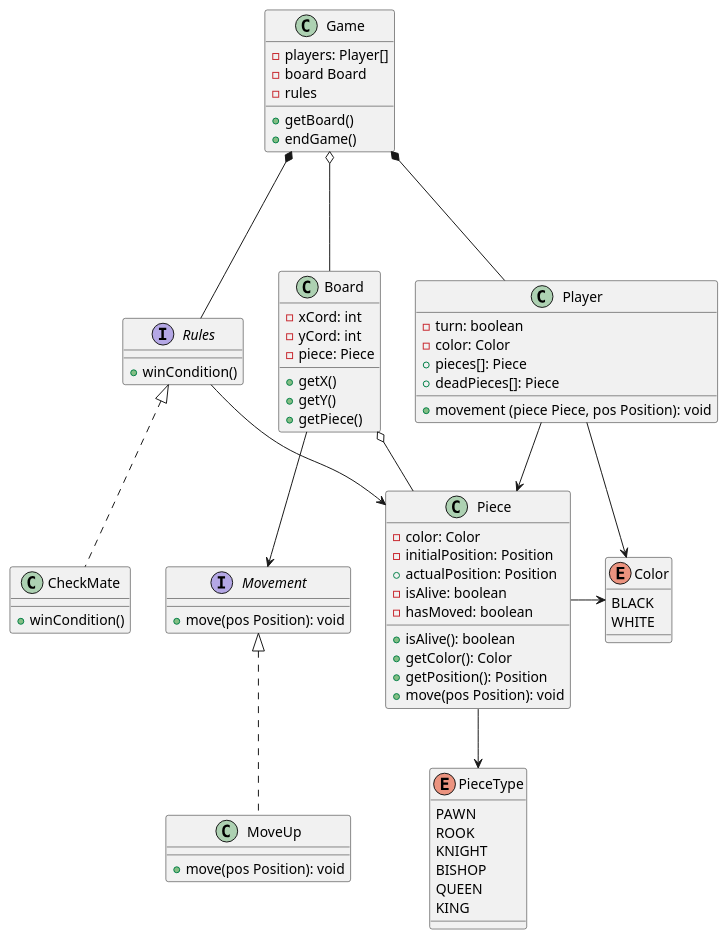
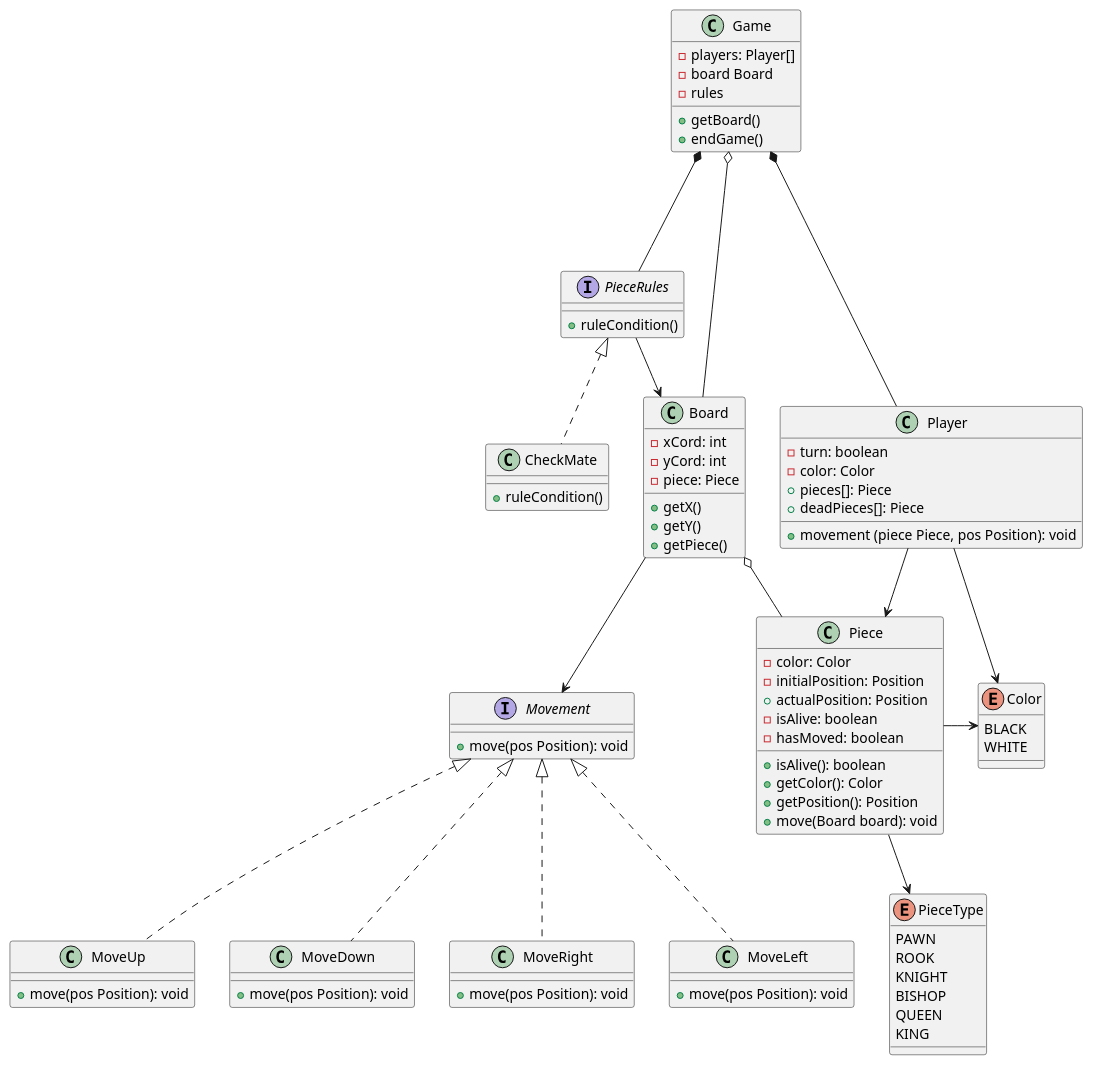
Before and after one commit to GermanoFelipe/Chess-game: the diagram in engine/src/diagramas/Chess.puml, drawn with PlantUML. The commit also changed 7 other files, not shown here.

```diff
--- a/engine/src/diagramas/Chess.puml
+++ b/engine/src/diagramas/Chess.puml
@@ -1,85 +1,96 @@
 @startuml
 'https://plantuml.com/class-diagram
 
 class Game{
         - players: Player[]
         - board Board
         - rules
         + getBoard()
         + endGame()
 }
 
-interface Rules{
-        + winCondition()
+interface PieceRules{
+        + ruleCondition()
 }
 
-class CheckMate implements Rules{
-        + winCondition()
+class CheckMate implements PieceRules{
+        + ruleCondition()
 }
 
 class Piece{
         - color: Color
         - initialPosition: Position
         + actualPosition: Position
         - isAlive: boolean
         - hasMoved: boolean
         + isAlive(): boolean
         + getColor(): Color
         + getPosition(): Position
-        + move(pos Position): void
+        + move(Board board): void
 }
 
 class Board {
         - xCord: int
         - yCord: int
         - piece: Piece
         + getX()
         + getY()
         + getPiece()
 }
 
 class Player {
         - turn: boolean
         - color: Color
         + pieces[]: Piece
         + deadPieces[]: Piece
         + movement (piece Piece, pos Position): void
 }
 
 Enum Color {
         BLACK
         WHITE
 }
 
 Enum PieceType  {
         PAWN
         ROOK
         KNIGHT
         BISHOP
         QUEEN
         KING
 }
 
 
 interface Movement {
         + move(pos Position): void
 
 }
 
 class MoveUp implements Movement{
         + move(pos Position): void
 }
 
+class MoveDown implements Movement{
+        + move(pos Position): void
+}
+
+class MoveRight implements Movement{
+        + move(pos Position): void
+}
+
+class MoveLeft implements Movement{
+        + move(pos Position): void
+}
+
 
 Player --> Color
-
 Board --> Movement
-Rules--> Piece
+PieceRules--> Board
 Player --> Piece
 Board o-- Piece
 Piece -> Color
-Game *--- Rules
+Game *--- PieceRules
 Game *--- Player
 Game o--- Board
 Piece --> PieceType
 @enduml
```
